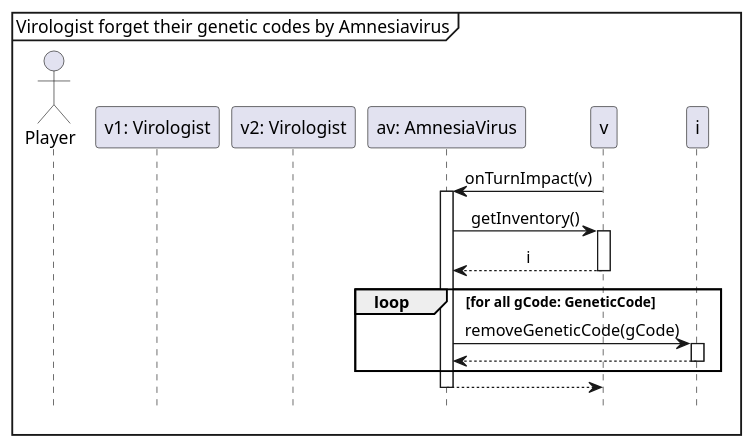
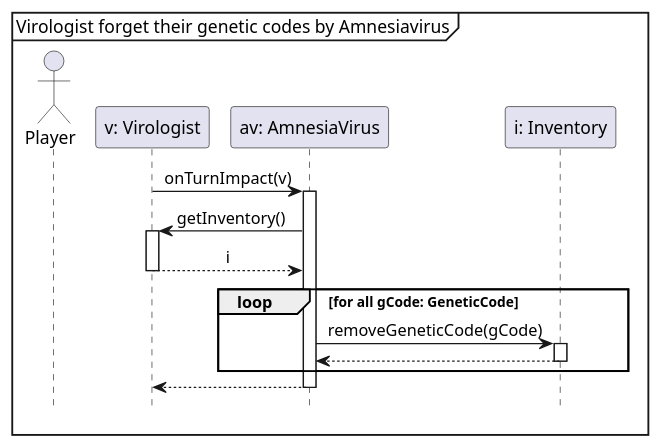
Before and after one commit to Tschonti/503-service-unavailable: the diagram in docs/seqDiagrams/amnesiaVirusOnTurnImpact.puml, drawn with PlantUML. The commit also changed 2 other files, not shown here.

```diff
--- a/docs/seqDiagrams/amnesiaVirusOnTurnImpact.puml
+++ b/docs/seqDiagrams/amnesiaVirusOnTurnImpact.puml
@@ -1,22 +1,22 @@
 @startuml
 'https://plantuml.com/sequence-diagram
 
 hide footbox
 mainframe Virologist forget their genetic codes by Amnesiavirus
 skinparam sequenceMessageAlign center
 
 actor Player as p1
 
-participant "v1: Virologist" as v1
-participant "v2: Virologist" as v2
+participant "v: Virologist" as v
 participant "av: AmnesiaVirus" as av
+participant "i: Inventory" as i
 
 v -> av ++ : onTurnImpact(v)
     av -> v ++:getInventory()
     return i
     loop for all gCode: GeneticCode
         av -> i ++ :removeGeneticCode(gCode)
         return
     end
 return
 @enduml
```
